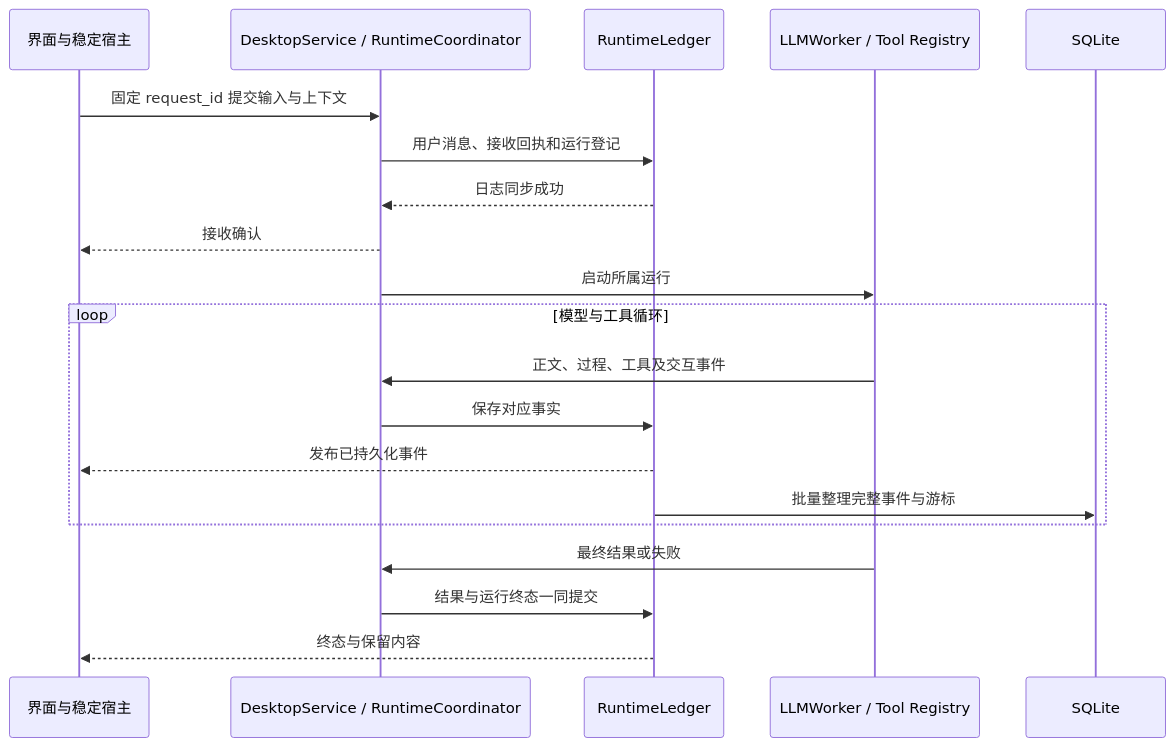
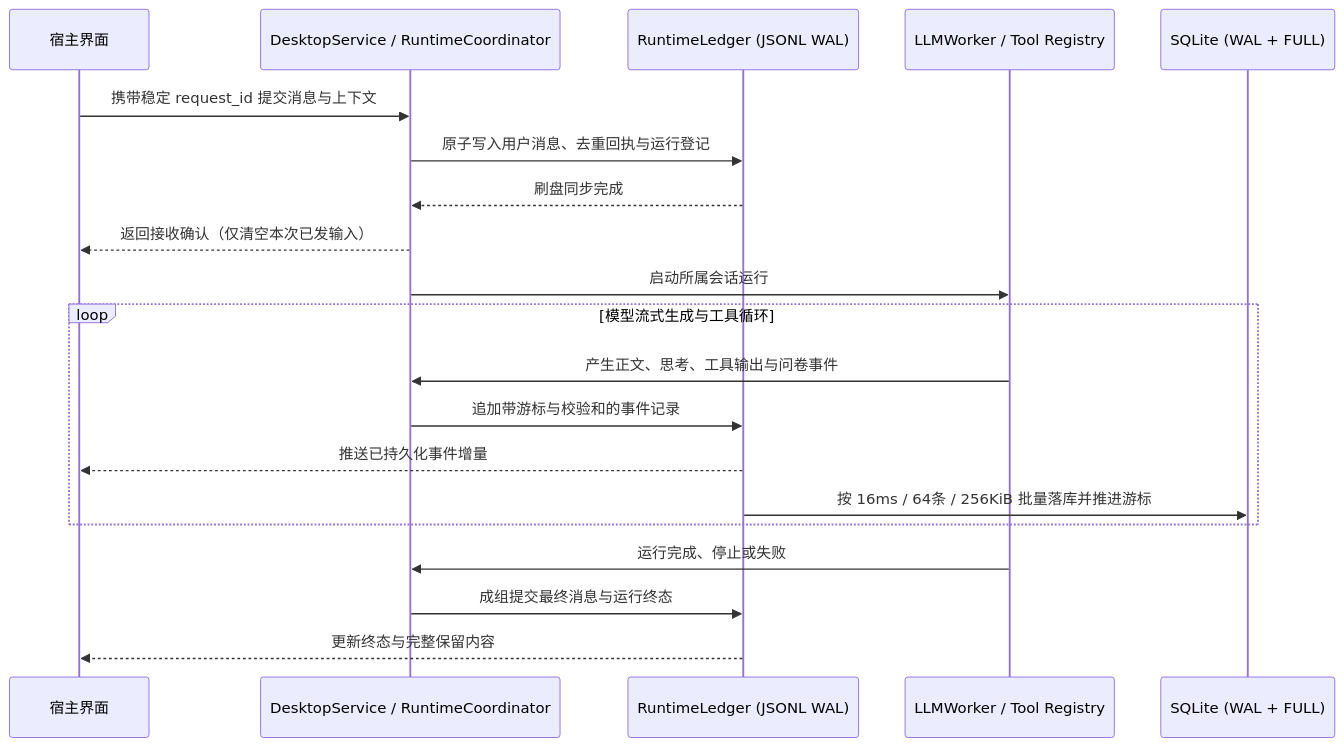
One commit to chuancyzhang/deepseek-cowork changed the third of 3 diagrams in docs/technical-design.md. Above: the diagram before and after it, drawn with Mermaid. The commit also changed other lines of this file and 11 other files, not shown here.

````diff
--- a/docs/technical-design.md
+++ b/docs/technical-design.md
@@ -258,22 +162,22 @@
 ```mermaid
 sequenceDiagram
-    participant U as 界面与稳定宿主
+    participant U as 宿主界面
     participant S as DesktopService / RuntimeCoordinator
-    participant L as RuntimeLedger
+    participant L as RuntimeLedger (JSONL WAL)
     participant W as LLMWorker / Tool Registry
-    participant D as SQLite
-    U->>S: 固定 request_id 提交输入与上下文
-    S->>L: 用户消息、接收回执和运行登记
-    L-->>S: 日志同步成功
-    S-->>U: 接收确认
-    S->>W: 启动所属运行
-    loop 模型与工具循环
-        W->>S: 正文、过程、工具及交互事件
-        S->>L: 保存对应事实
-        L-->>U: 发布已持久化事件
-        L->>D: 批量整理完整事件与游标
+    participant D as SQLite (WAL + FULL)
+    U->>S: 携带稳定 request_id 提交消息与上下文
+    S->>L: 原子写入用户消息、去重回执与运行登记
+    L-->>S: 刷盘同步完成
+    S-->>U: 返回接收确认（仅清空本次已发输入）
+    S->>W: 启动所属会话运行
+    loop 模型流式生成与工具循环
+        W->>S: 产生正文、思考、工具输出与问卷事件
+        S->>L: 追加带游标与校验和的事件记录
+        L-->>U: 推送已持久化事件增量
+        L->>D: 按 16ms / 64条 / 256KiB 批量落库并推进游标
     end
-    W->>S: 最终结果或失败
-    S->>L: 结果与运行终态一同提交
-    L-->>U: 终态与保留内容
+    W->>S: 运行完成、停止或失败
+    S->>L: 成组提交最终消息与运行终态
+    L-->>U: 更新终态与完整保留内容
 ```
````
